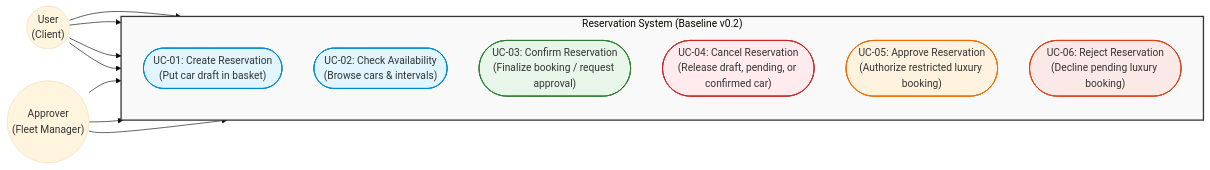
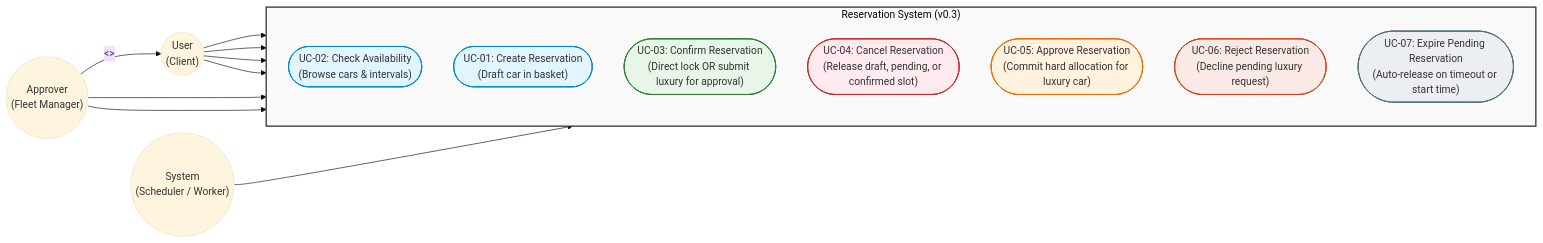
Before and after one commit to Zephy-X/AutaRepo: the diagram in docs/specification/diagrams/actors-use-case-diagram.mmd, drawn with Mermaid (base theme). The commit also changed 57 other files, not shown here.

```diff
--- a/docs/specification/diagrams/actors-use-case-diagram.mmd
+++ b/docs/specification/diagrams/actors-use-case-diagram.mmd
@@ -1,30 +1,41 @@
 flowchart LR
+    Approver(("Approver<br>(Fleet Manager)"))
     User(("User<br>(Client)"))
-    Approver(("Approver<br>(Fleet Manager)"))
+    System(("System<br>(Scheduler / Worker)"))
 
-    subgraph SystemBoundary ["Reservation System (Baseline v0.2)"]
+%% Actor Generalization / Inheritance
+    Approver -- "<<inherits>>" --> User
+
+    subgraph SystemBoundary ["Reservation System (v0.3)"]
         direction TB
-        UC1(["UC-01: Create Reservation<br>(Put car draft in basket)"])
         UC2(["UC-02: Check Availability<br>(Browse cars & intervals)"])
-        UC3(["UC-03: Confirm Reservation<br>(Finalize booking / request approval)"])
-        UC4(["UC-04: Cancel Reservation<br>(Release draft, pending, or confirmed car)"])
-        UC5(["UC-05: Approve Reservation<br>(Authorize restricted luxury booking)"])
-        UC6(["UC-06: Reject Reservation<br>(Decline pending luxury booking)"])
+        UC1(["UC-01: Create Reservation<br>(Draft car in basket)"])
+        UC3(["UC-03: Confirm Reservation<br>(Direct lock OR submit luxury for approval)"])
+        UC4(["UC-04: Cancel Reservation<br>(Release draft, pending, or confirmed slot)"])
+        UC5(["UC-05: Approve Reservation<br>(Commit hard allocation for luxury car)"])
+        UC6(["UC-06: Reject Reservation<br>(Decline pending luxury request)"])
+        UC7(["UC-07: Expire Pending Reservation<br>(Auto-release on timeout or start time)"])
     end
 
+%% User Base Interactions (Approver inherits all of these)
     User --> UC2
     User --> UC1
     User --> UC3
     User --> UC4
 
+%% Approver-Specific Interactions
     Approver --> UC5
     Approver --> UC6
-    Approver --> UC2
 
+%% System Automations
+    System --> UC7
+
+%% Styling
     style SystemBoundary fill:#f9f9f9,stroke:#333,stroke-width:2px
     style UC1 fill:#e1f5fe,stroke:#0288d1,stroke-width:1.5px
     style UC2 fill:#e1f5fe,stroke:#0288d1,stroke-width:1.5px
     style UC3 fill:#e8f5e9,stroke:#2e7d32,stroke-width:1.5px
     style UC4 fill:#ffebee,stroke:#c62828,stroke-width:1.5px
     style UC5 fill:#fff3e0,stroke:#ef6c00,stroke-width:1.5px
     style UC6 fill:#fbe9e7,stroke:#d84315,stroke-width:1.5px
+    style UC7 fill:#eceff1,stroke:#546e7a,stroke-width:1.5px
```
